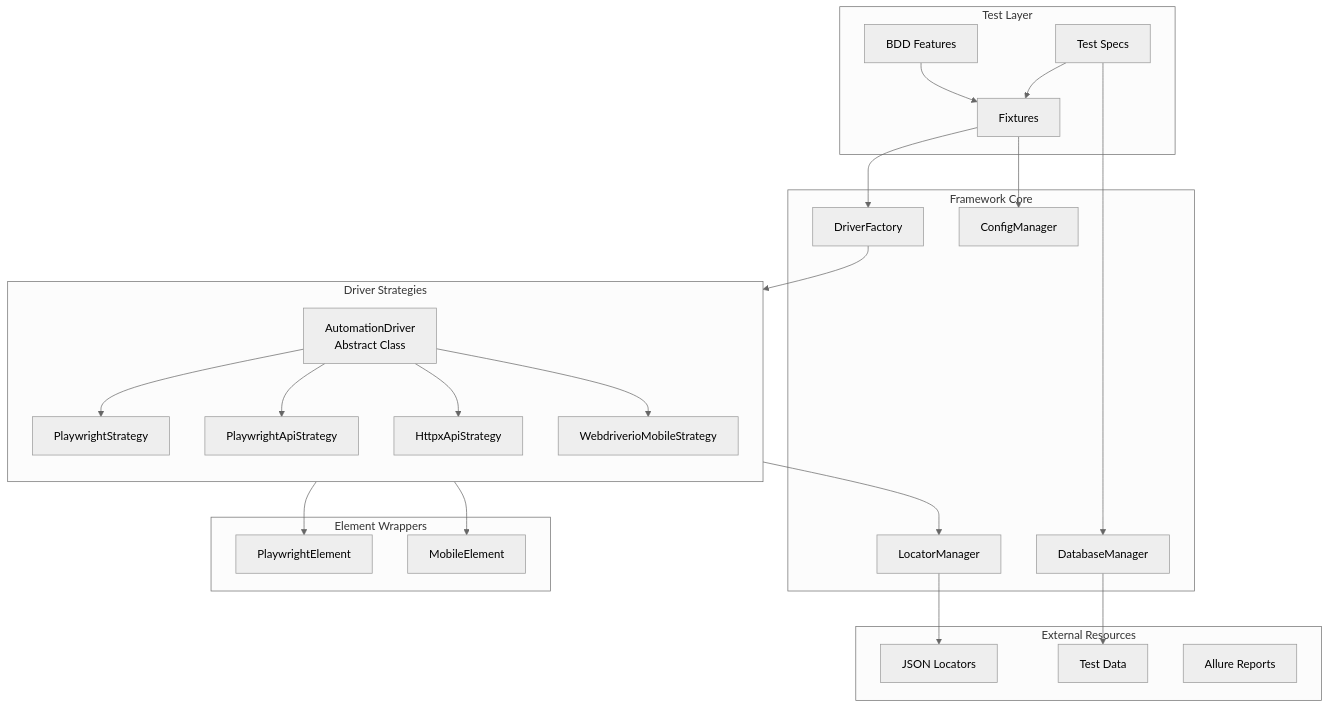
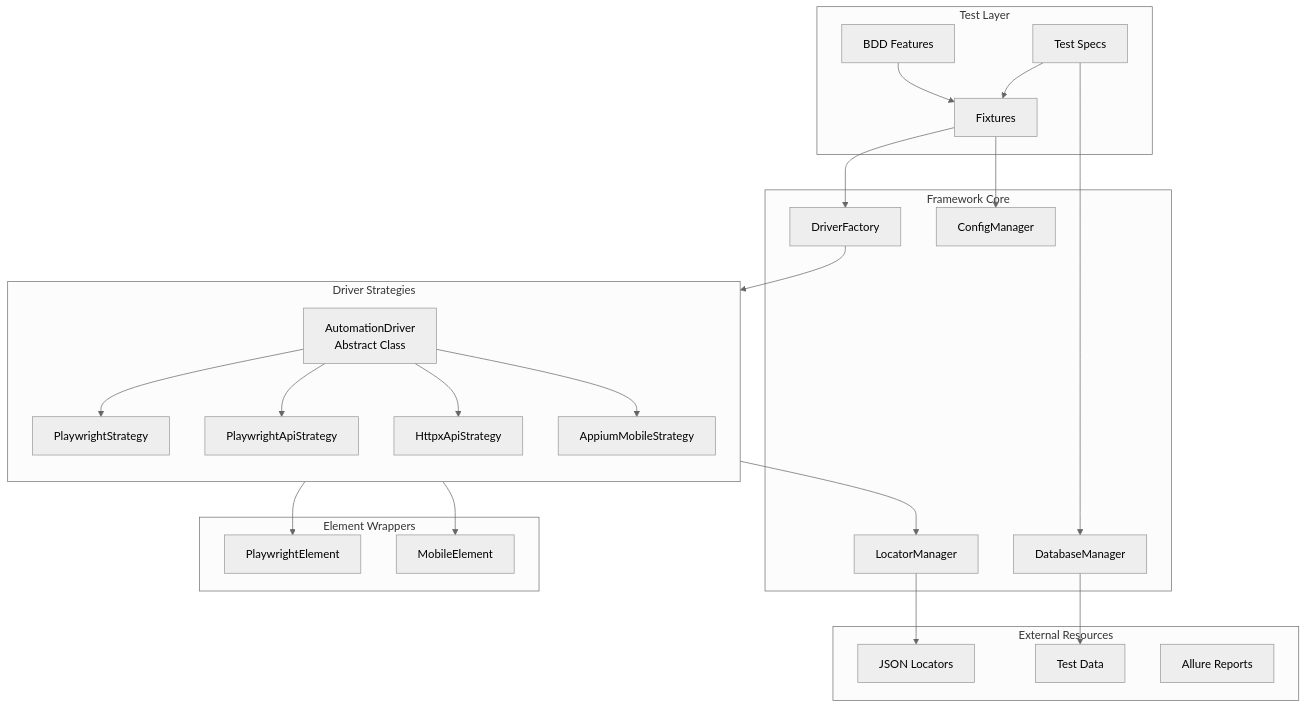
The first of 4 diagrams in docs/docs/architecture/overview.md (vinipx/TAFLEX-PY), drawn with Mermaid (neutral theme) before and after one commit. The commit also changed other lines of this file and 16 other files, not shown here.

````diff
--- a/docs/docs/architecture/overview.md
+++ b/docs/docs/architecture/overview.md
@@ -23,55 +23,55 @@
 ```mermaid
 flowchart TB
     subgraph "Test Layer"
         TC[Test Specs]
         BDD[BDD Features]
         FIX[Fixtures]
     end
 
     subgraph "Framework Core"
         DF[DriverFactory]
         LM[LocatorManager]
         CM[ConfigManager]
         DB[DatabaseManager]
     end
 
     subgraph "Driver Strategies"
         direction TB
         ADS[AutomationDriver<br/>Abstract Class]
         PDS[PlaywrightStrategy]
         APIS[PlaywrightApiStrategy]
         HXP[HttpxApiStrategy]
-        MDS[WebdriverioMobileStrategy]
+        AMS[AppiumMobileStrategy]
     end
 
     subgraph "Element Wrappers"
         PE[PlaywrightElement]
         ME[MobileElement]
     end
 
     subgraph "External Resources"
         JSON[JSON Locators]
         DATA[Test Data]
         ALR[Allure Reports]
     end
 
     TC --> FIX
     BDD --> FIX
     FIX --> DF
     FIX --> CM
 
     DF --> ADS
     ADS --> PDS
     ADS --> APIS
     ADS --> HXP
-    ADS --> MDS
+    ADS --> AMS
 
     PDS --> PE
-    MDS --> ME
+    AMS --> ME
 
     ADS --> LM
     LM --> JSON
 
     TC --> DB
     DB --> DATA
 ```
````
